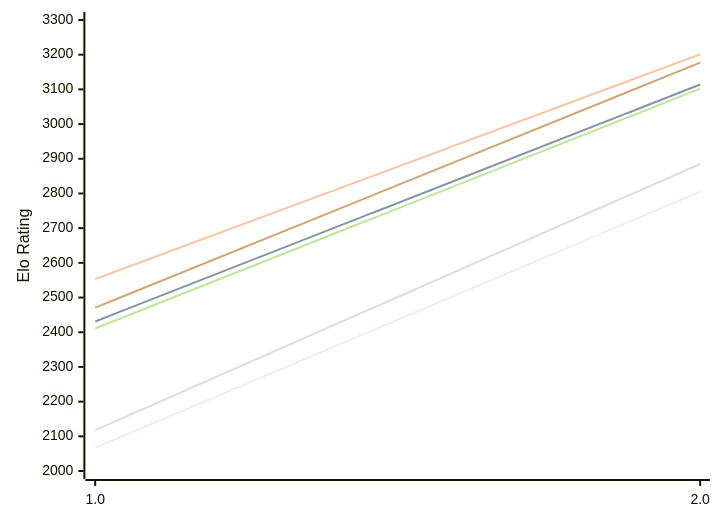
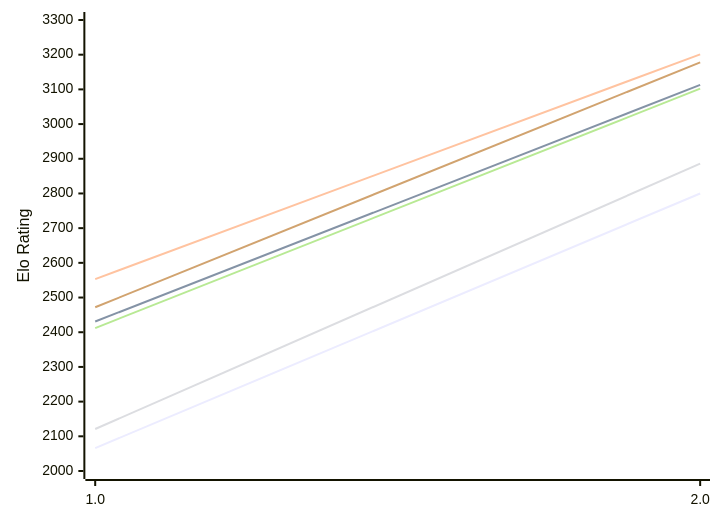
Before and after one commit to computer-chess-index/cci: the diagram in engines/Scarlet.md, drawn with Mermaid. The commit also changed other lines of this file, not shown here.

Commit message:
Update CCI Ratings (ELO VLTC) - 2026-11-28

````diff
--- a/engines/Scarlet.md
+++ b/engines/Scarlet.md
@@ -49,12 +49,12 @@
 ```mermaid
 %%{init: {"theme":"base","themeVariables":{"seriesColors:['#a3a3a3','#222221','#faa371']}}}%%
 xychart-beta
   x-axis ["1.0", "2.0"]
   y-axis "Elo Rating" 2000 --> 3300
-  line "E1: STC (8.0+0.08s)" [2067, 2805]
-  line "E1: LTC (60.0+0.60s)" [2431, 3114]
+  line "E1: STC (8.0+0.08s)" [2066, 2800]
+  line "E1: LTC (60.0+0.60s)" [2431, 3113]
   line "E1: VLTC (2m24s+1.12s)" [2553, 3201]
-  line "P1: STC (8.0+0.08s)" [2118, 2885]
-  line "P1: LTC (60.0+0.60s)" [2411, 3102]
-  line "P1: VLTC (2m24s+1.12s)" [2471, 3177]
+  line "P1: STC (8.0+0.08s)" [2121, 2886]
+  line "P1: LTC (60.0+0.60s)" [2412, 3102]
+  line "P1: VLTC (2m24s+1.12s)" [2472, 3178]
 ```
````
